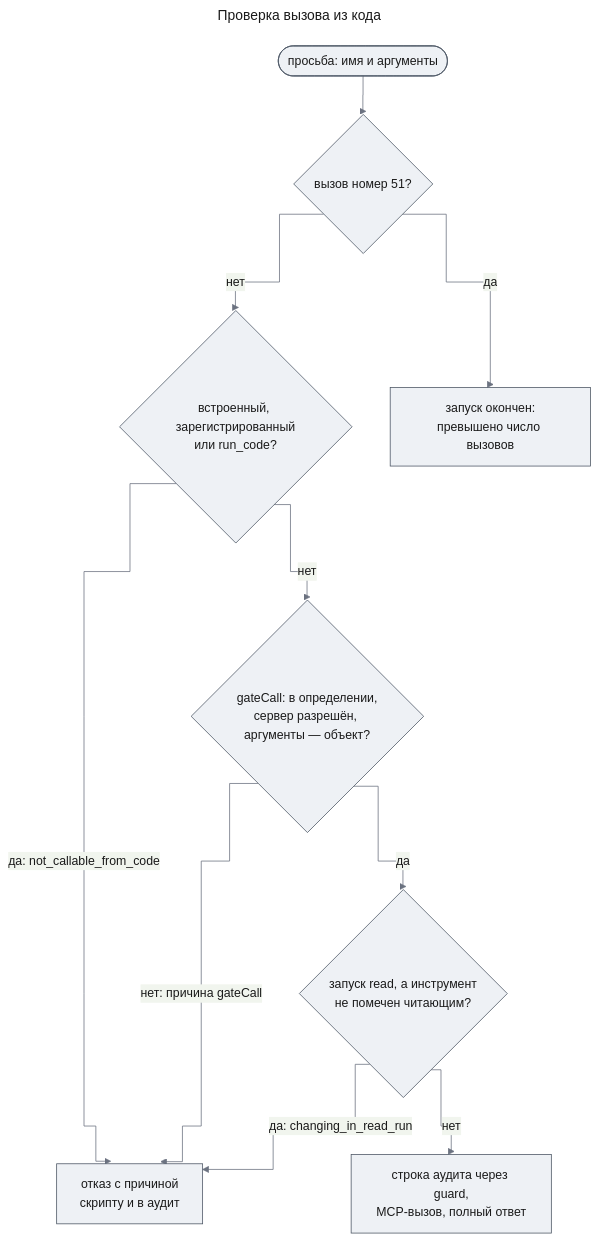
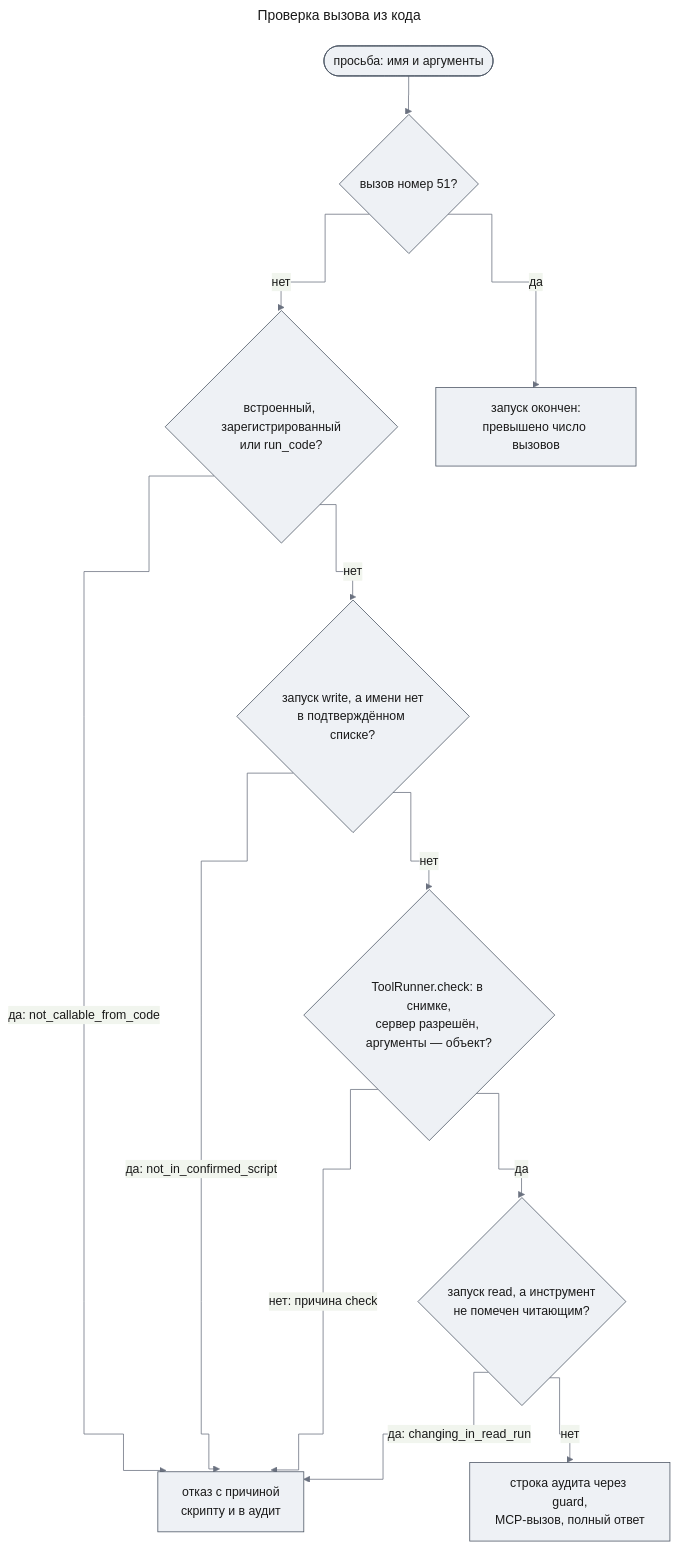
The third of 11 diagrams in docs/features/code-execution/design-code-execution.md (tundraray/agent-os), drawn with Mermaid before and after one commit. The commit also changed other lines of this file and 5 other files, not shown here.

````diff
--- a/docs/features/code-execution/design-code-execution.md
+++ b/docs/features/code-execution/design-code-execution.md
@@ -312,33 +342,36 @@
 ```mermaid
 ---
 title: "Проверка вызова из кода"
 config:
   theme: base
   look: classic
   themeVariables:
     primaryColor: "#eef1f5"
     primaryBorderColor: "#4b5563"
     primaryTextColor: "#1a1a1a"
     lineColor: "#6b7280"
   flowchart:
     curve: step
 ---
 flowchart TB
     q(["просьба: имя и аргументы"])
     n{"вызов номер 51?"}
     b{"встроенный, зарегистрированный<br/>или run_code?"}
-    g{"gateCall: в определении,<br/>сервер разрешён, аргументы — объект?"}
+    l{"запуск write, а имени нет<br/>в подтверждённом списке?"}
+    g{"ToolRunner.check: в снимке,<br/>сервер разрешён, аргументы — объект?"}
     c{"запуск read, а инструмент<br/>не помечен читающим?"}
     stop["запуск окончен:<br/>превышено число вызовов"]
     ref["отказ с причиной<br/>скрипту и в аудит"]
     run["строка аудита через guard,<br/>MCP-вызов, полный ответ"]
     q --> n
     n -->|"да"| stop
     n -->|"нет"| b
     b -->|"да: not_callable_from_code"| ref
-    b -->|"нет"| g
-    g -->|"нет: причина gateCall"| ref
+    b -->|"нет"| l
+    l -->|"да: not_in_confirmed_script"| ref
+    l -->|"нет"| g
+    g -->|"нет: причина check"| ref
     g -->|"да"| c
     c -->|"да: changing_in_read_run"| ref
     c -->|"нет"| run
 ```
````
